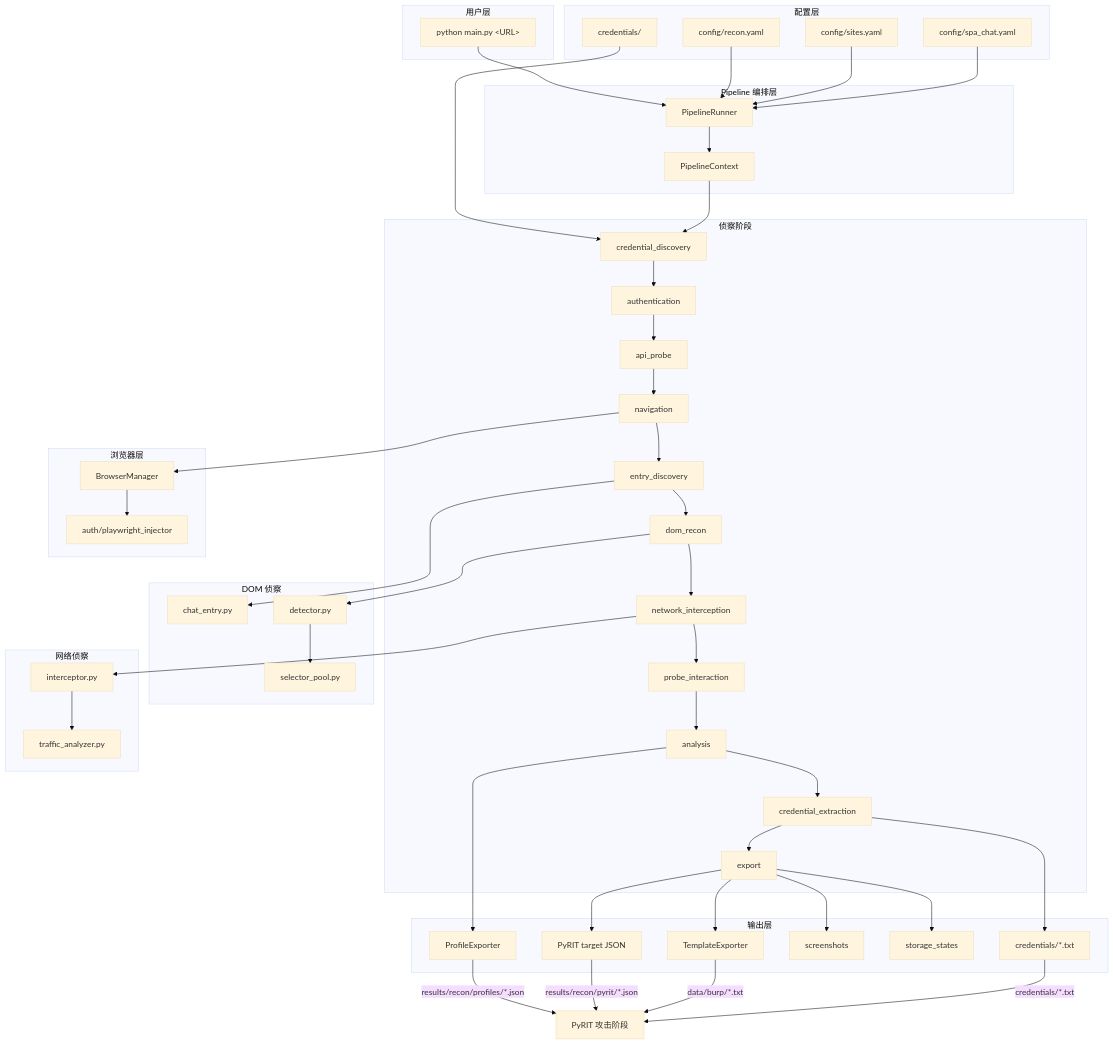
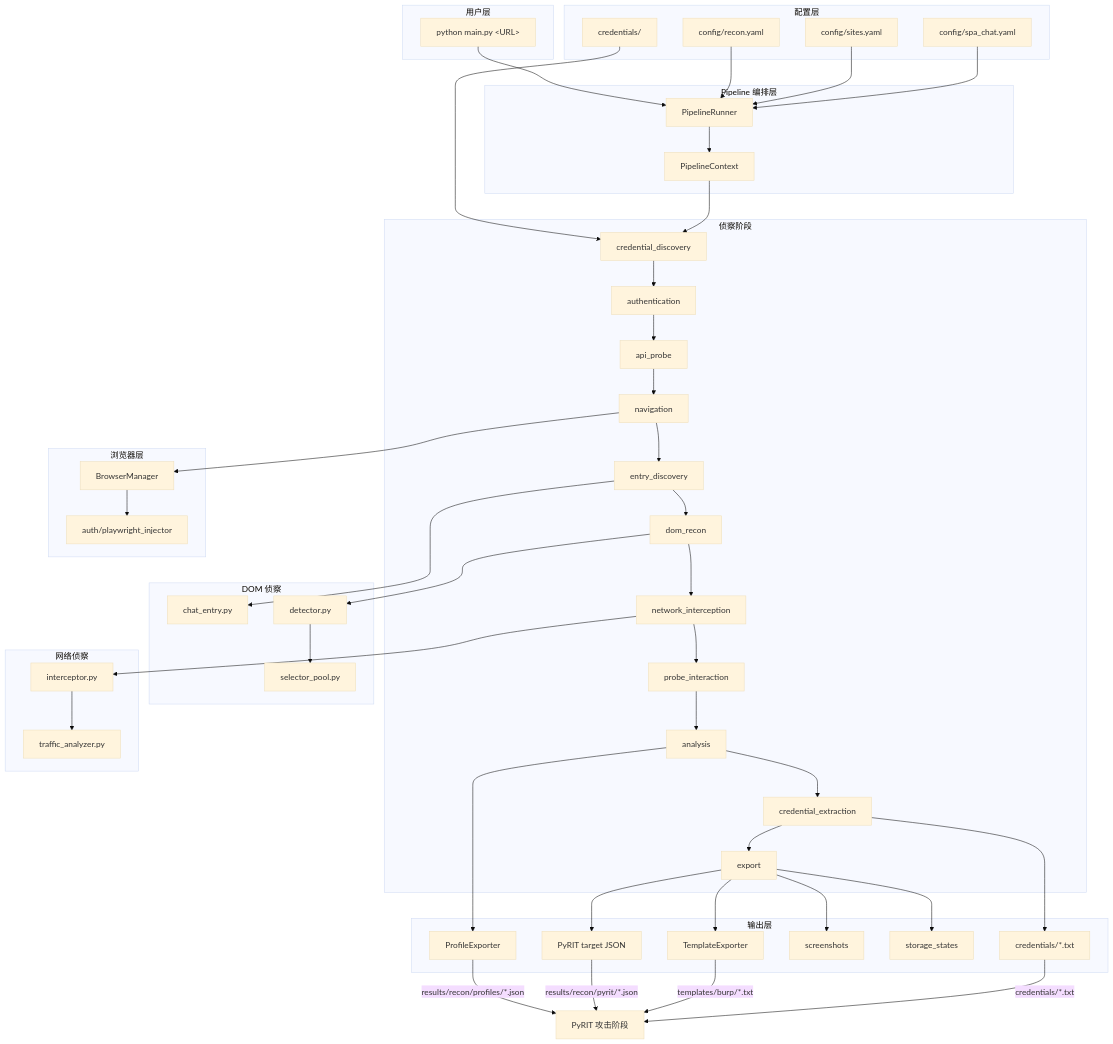
The diagram in pyrit-web-recon/README.md (hmbphxkw76-byte/osai), drawn with Mermaid (base theme) before and after one commit. The commit also changed other lines of this file and 192 other files, not shown here.

````diff
--- a/pyrit-web-recon/README.md
+++ b/pyrit-web-recon/README.md
@@ -305,6 +328,6 @@
 
     PROF --> |results/recon/profiles/*.json| Attack["PyRIT 攻击阶段"]
     PYRIT --> |results/recon/pyrit/*.json| Attack
-    TMPL --> |data/burp/*.txt| Attack
+    TMPL --> |templates/burp/*.txt| Attack
     CREDS_OUT --> |credentials/*.txt| Attack
 ```
````
